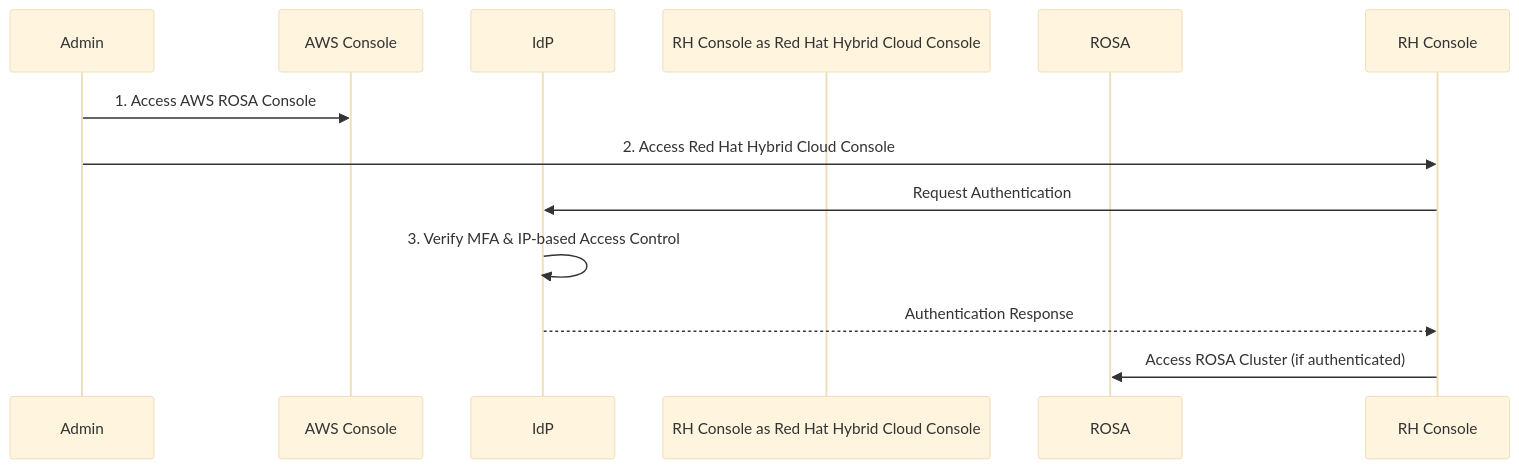
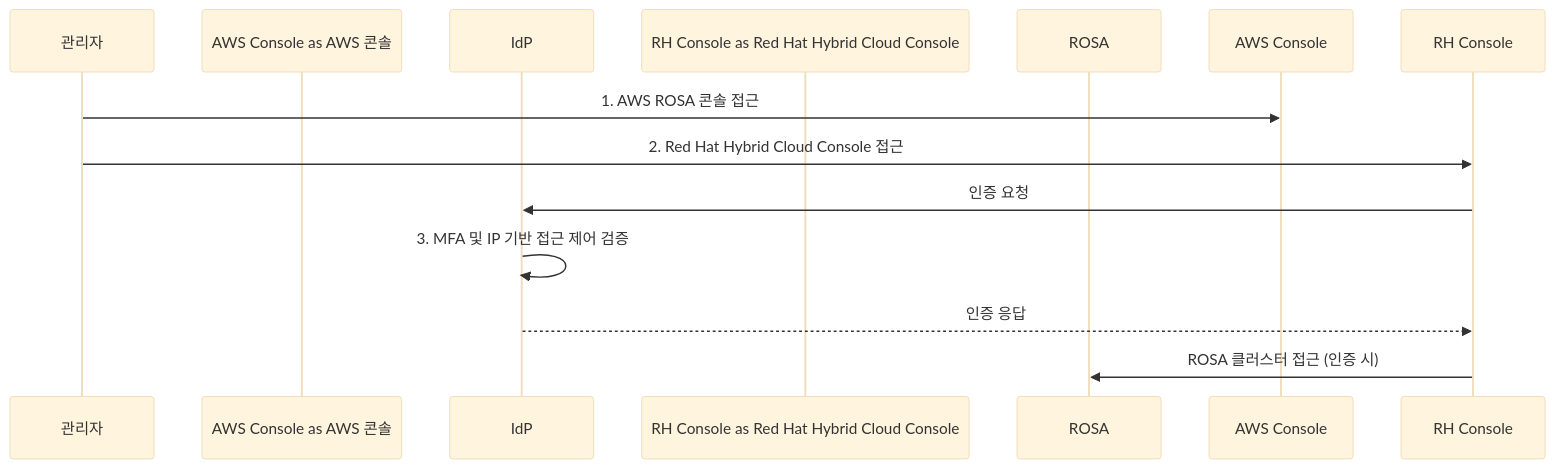
One commit to devfloor9/engineering-playbook changed the first of 2 diagrams in docs/rosa/rosa-security-compliance.md. Above: the diagram before and after it, drawn with Mermaid (base theme). The commit also changed other lines of this file and 24 other files, not shown here.

````diff
--- a/docs/rosa/rosa-security-compliance.md
+++ b/docs/rosa/rosa-security-compliance.md
@@ -55,15 +66,15 @@
 ```mermaid
 sequenceDiagram
-    participant Admin
-    participant AWS Console
-    participant IdP
+    participant Admin as 관리자
+    participant AWS Console as AWS 콘솔
+    participant IdP as IdP
     participant RH Console as Red Hat Hybrid Cloud Console
     participant ROSA
 
-    Admin->>AWS Console: 1. Access AWS ROSA Console
-    Admin->>RH Console: 2. Access Red Hat Hybrid Cloud Console
-    RH Console->>IdP: Request Authentication
-    IdP->>IdP: 3. Verify MFA & IP-based Access Control
-    IdP-->>RH Console: Authentication Response
-    RH Console->>ROSA: Access ROSA Cluster (if authenticated)
+    Admin->>AWS Console: 1. AWS ROSA 콘솔 접근
+    Admin->>RH Console: 2. Red Hat Hybrid Cloud Console 접근
+    RH Console->>IdP: 인증 요청
+    IdP->>IdP: 3. MFA 및 IP 기반 접근 제어 검증
+    IdP-->>RH Console: 인증 응답
+    RH Console->>ROSA: ROSA 클러스터 접근 (인증 시)
 ```
````
